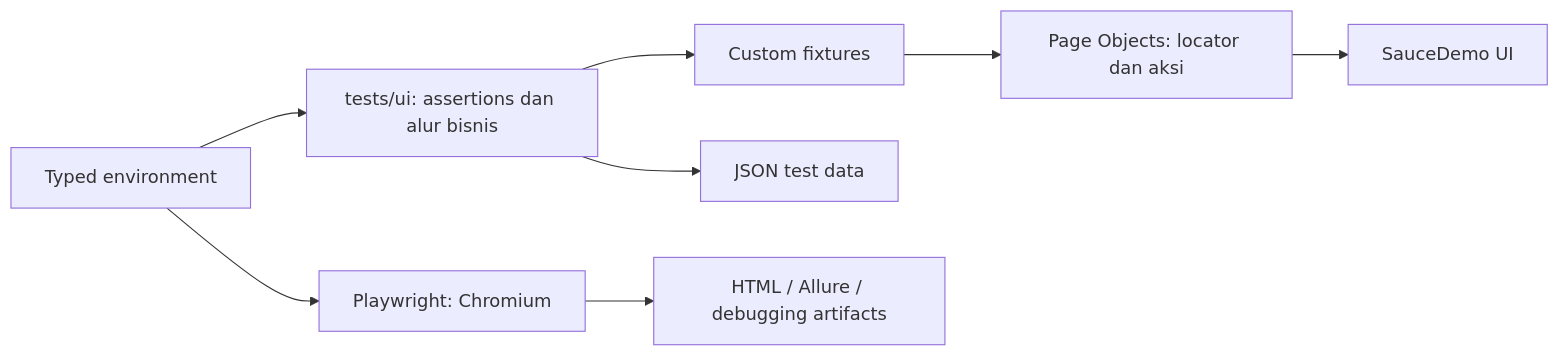
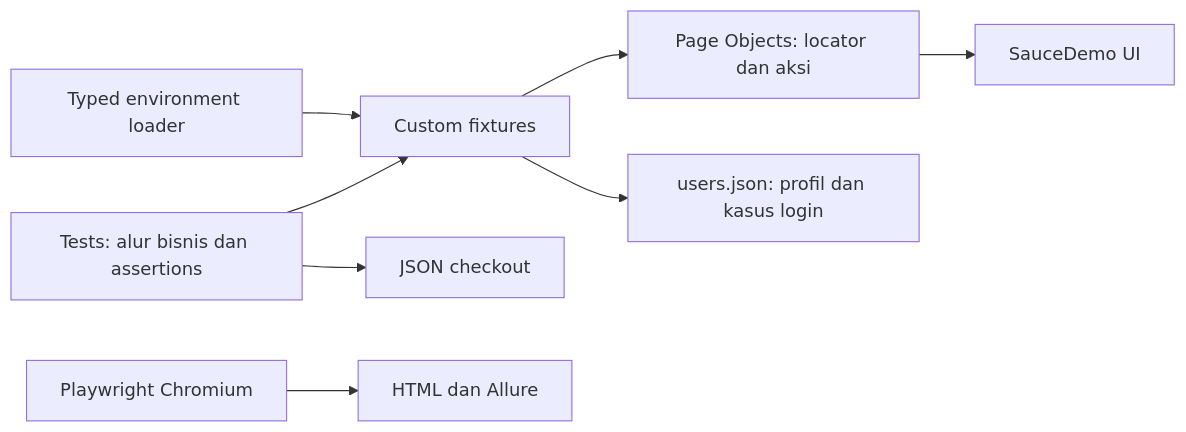
The diagram in README.md (faisalakmal/Playwright-Typescript-Web), drawn with Mermaid before and after one commit. The commit also changed other lines of this file and 18 other files, not shown here.

Commit message:
Consolidate demo account data and environment configuration

````diff
--- a/README.md
+++ b/README.md
@@ -9,10 +9,10 @@
 ```mermaid
 flowchart LR
-  Spec[tests/ui: assertions dan alur bisnis] --> Fixture[Custom fixtures]
-  Fixture --> POM[Page Objects: locator dan aksi]
-  POM --> AUT[SauceDemo UI]
-  Spec --> Data[JSON test data]
-  Config[Typed environment] --> Spec
-  Config --> Runner[Playwright: Chromium]
-  Runner --> Reports[HTML / Allure / debugging artifacts]
+  Tests[Tests: alur bisnis dan assertions] --> Fixtures[Custom fixtures]
+  Fixtures --> Pages[Page Objects: locator dan aksi]
+  Pages --> AUT[SauceDemo UI]
+  Fixtures --> Users[users.json: profil dan kasus login]
+  Tests --> Data[JSON checkout]
+  Environment[Typed environment loader] --> Fixtures
+  Runner[Playwright Chromium] --> Reports[HTML dan Allure]
 ```
````
